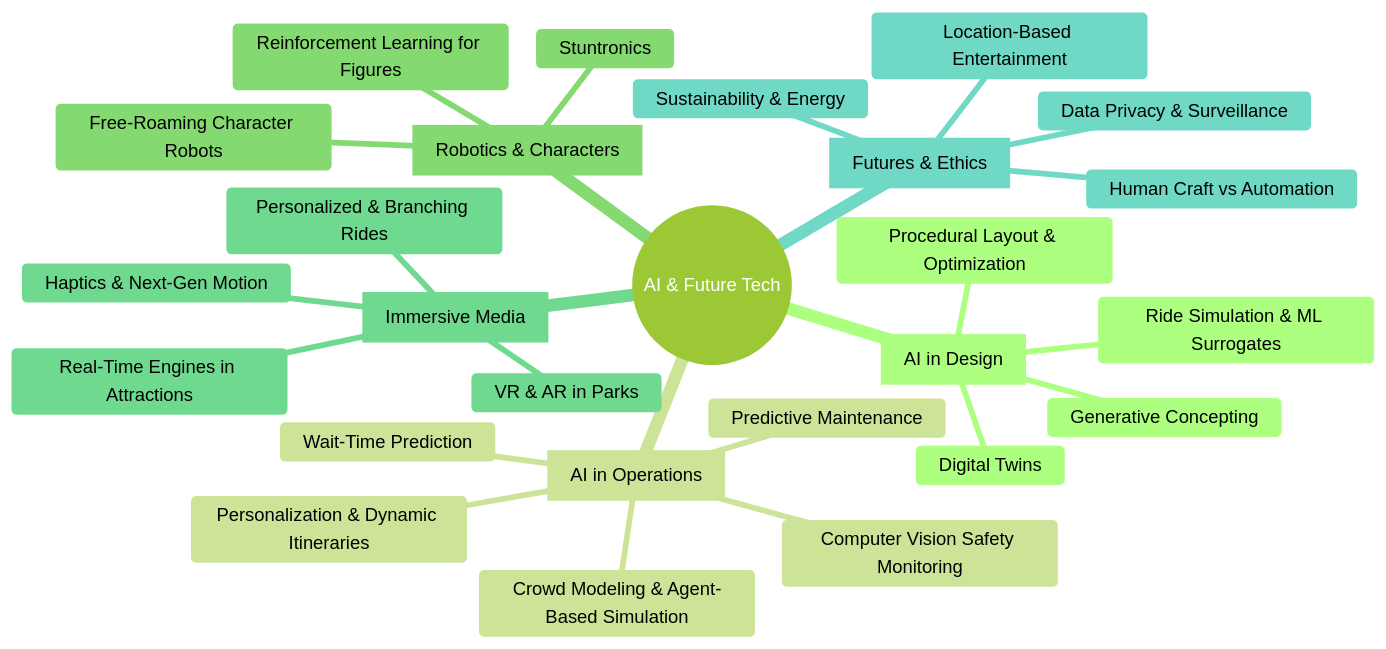
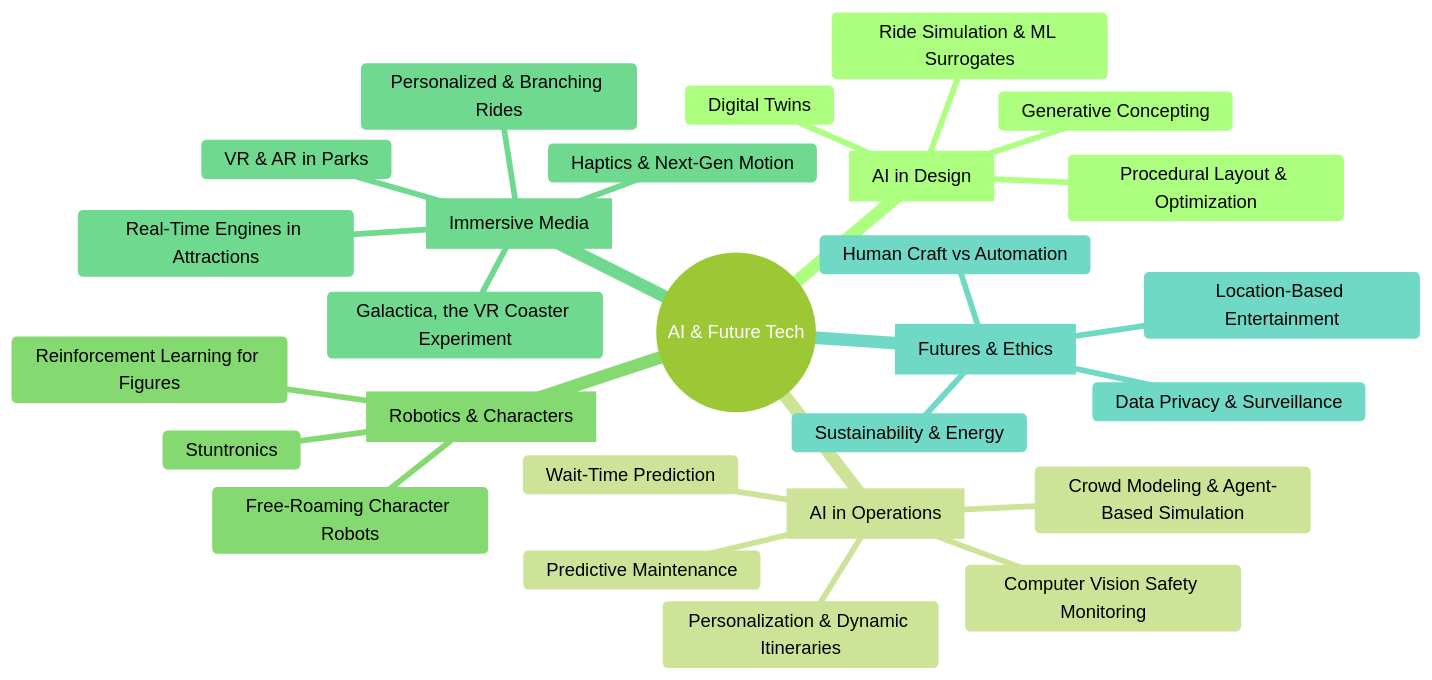
Before and after one commit to harsh20k/theme-park-ride-design: the diagram in content/mindmaps/ai-future.md, drawn with Mermaid (forest theme). The commit also changed 41 other files, not shown here.

````diff
--- a/content/mindmaps/ai-future.md
+++ b/content/mindmaps/ai-future.md
@@ -3,29 +3,30 @@
 ```mermaid
 mindmap
   root((AI & Future Tech))
     ai_in_design[AI in Design]
       Generative Concepting
       Procedural Layout & Optimization
       Digital Twins
       Ride Simulation & ML Surrogates
     ai_in_operations[AI in Operations]
       Crowd Modeling & Agent-Based Simulation
       Wait-Time Prediction
       Predictive Maintenance
       Personalization & Dynamic Itineraries
       Computer Vision Safety Monitoring
     robotics_and_characters[Robotics & Characters]
       Free-Roaming Character Robots
       Reinforcement Learning for Figures
       Stuntronics
     immersive_media[Immersive Media]
       VR & AR in Parks
       Real-Time Engines in Attractions
       Personalized & Branching Rides
       Haptics & Next-Gen Motion
+      Galactica, the VR Coaster Experiment
     futures_and_ethics[Futures & Ethics]
       Data Privacy & Surveillance
       Human Craft vs Automation
       Sustainability & Energy
       Location-Based Entertainment
 ```
````
